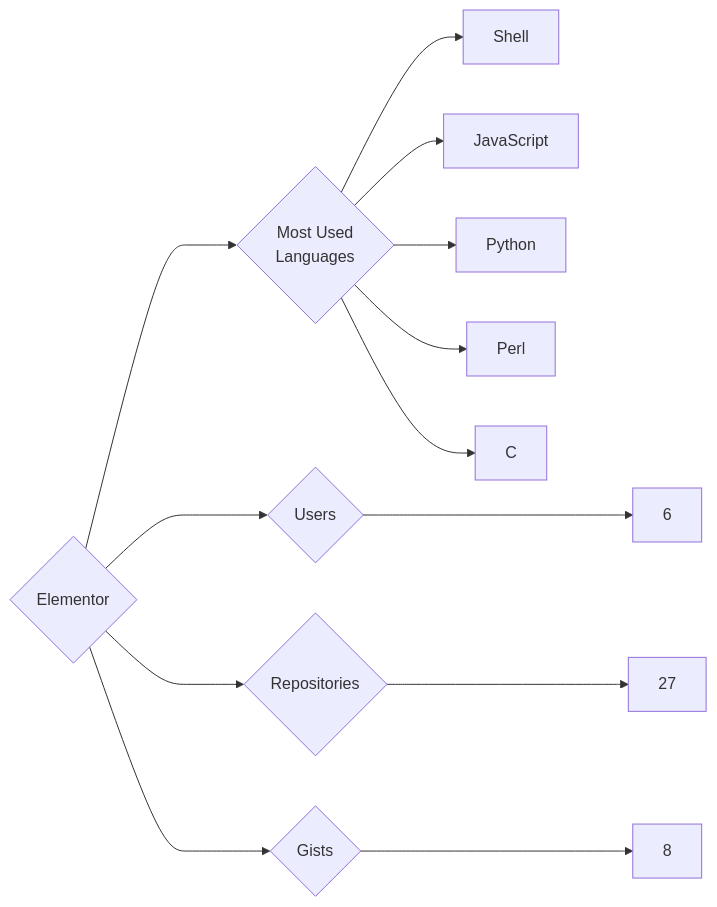
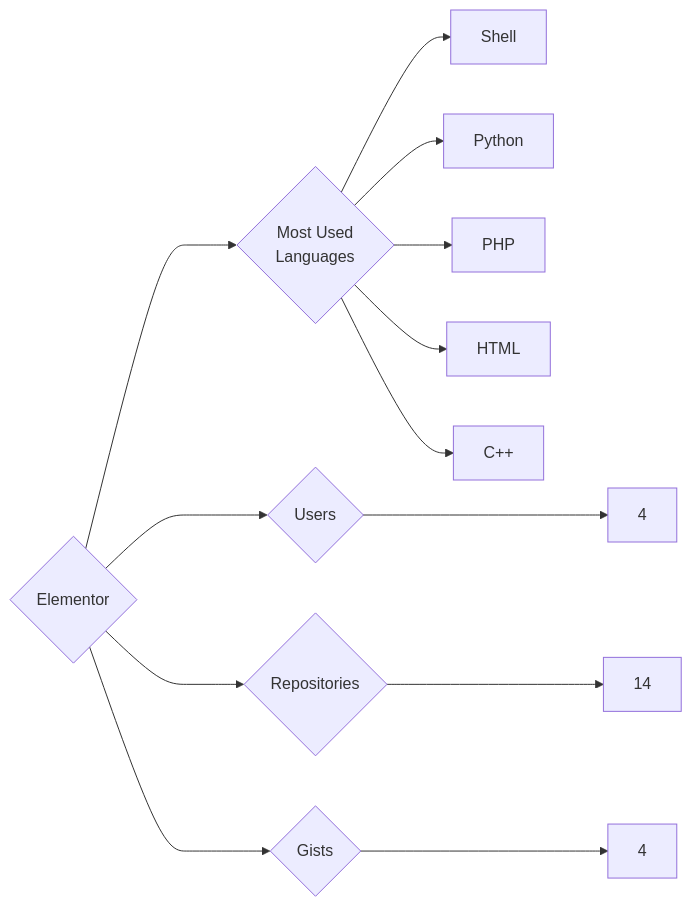
Before and after one commit to trickest/insiders: the diagram in targets/Elementor/README.md, drawn with Mermaid. The commit also changed 1148 other files, not shown here.

````diff
--- a/targets/Elementor/README.md
+++ b/targets/Elementor/README.md
@@ -3,13 +3,13 @@
 ```mermaid
 graph LR
 COMPANY_NAME{Elementor}
-COMPANY_NAME ---> U{Users} ---> UN[6]
-COMPANY_NAME ---> R{Repositories} ---> RN[27]
-COMPANY_NAME ---> G{Gists} ---> GN[8]
+COMPANY_NAME ---> U{Users} ---> UN[4]
+COMPANY_NAME ---> R{Repositories} ---> RN[14]
+COMPANY_NAME ---> G{Gists} ---> GN[4]
 COMPANY_NAME ---> ML{Most Used<br>Languages}
 ML --> Shell[Shell]
-ML --> JavaScript[JavaScript]
 ML --> Python[Python]
-ML --> Perl[Perl]
-ML --> C[C]
+ML --> PHP[PHP]
+ML --> HTML[HTML]
+ML --> C++[C++]
 ```
````
